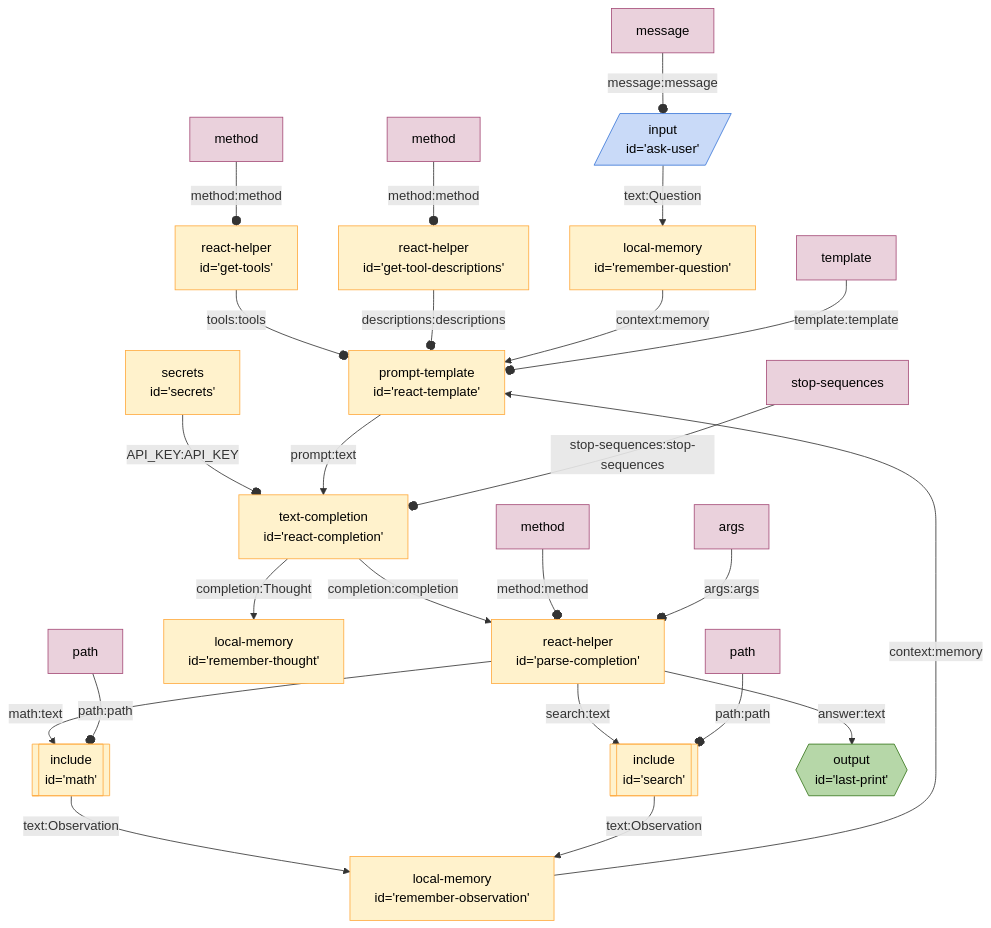
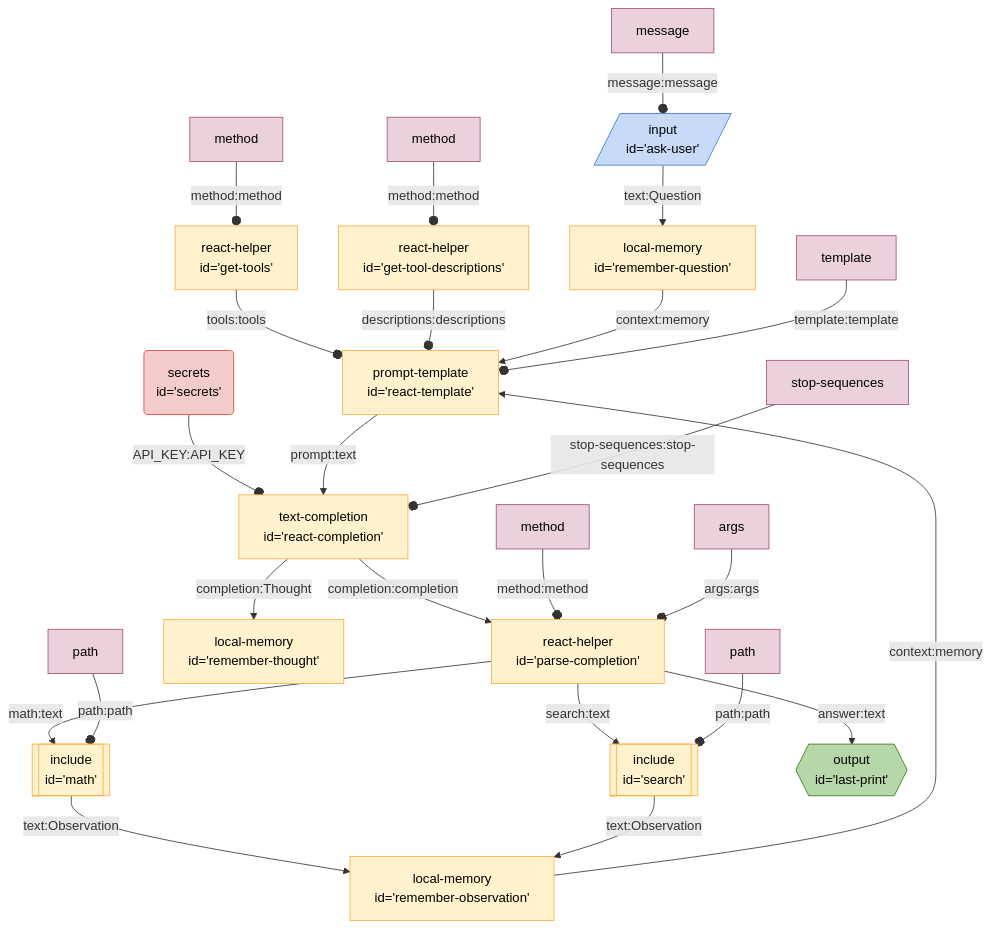
One commit to breadboard-ai/breadboard changed the diagram in seeds/graph-playground/docs/graphs/react-with-include.md. Above: the diagram before and after it, drawn with Mermaid. The commit also changed 14 other files, not shown here.

Commit message:
[graphs] Make `secrets` more prominent on diagrams.

````diff
--- a/seeds/graph-playground/docs/graphs/react-with-include.md
+++ b/seeds/graph-playground/docs/graphs/react-with-include.md
@@ -4,62 +4,63 @@
 ```mermaid
 %%{init: 'themeVariables': { 'fontFamily': 'Fira Code, monospace' }}%%
 graph TD;
 gettools["react-helper
 id='get-tools'"] -- tools:tools --o reacttemplate["prompt-template
 id='react-template'"]
 gettooldescriptions["react-helper
 id='get-tool-descriptions'"] -- descriptions:descriptions --o reacttemplate["prompt-template
 id='react-template'"]
 askuser[/"input
 id='ask-user'"/]:::input -- text:Question --> rememberquestion["local-memory
 id='remember-question'"]
 rememberquestion["local-memory
 id='remember-question'"] -- context:memory --> reacttemplate["prompt-template
 id='react-template'"]
-secrets["secrets
-id='secrets'"] -- API_KEY:API_KEY --o reactcompletion["text-completion
+secrets("secrets
+id='secrets'"):::secrets -- API_KEY:API_KEY --o reactcompletion["text-completion
 id='react-completion'"]
 reacttemplate["prompt-template
 id='react-template'"] -- prompt:text --> reactcompletion["text-completion
 id='react-completion'"]
 reactcompletion["text-completion
 id='react-completion'"] -- completion:completion --> parsecompletion["react-helper
 id='parse-completion'"]
 reactcompletion["text-completion
 id='react-completion'"] -- completion:Thought --> rememberthought["local-memory
 id='remember-thought'"]
 parsecompletion["react-helper
 id='parse-completion'"] -- search:text --> search[["include
 id='search'"]]:::include
 parsecompletion["react-helper
 id='parse-completion'"] -- math:text --> math[["include
 id='math'"]]:::include
 math[["include
 id='math'"]]:::include -- text:Observation --> rememberobservation["local-memory
 id='remember-observation'"]
 search[["include
 id='search'"]]:::include -- text:Observation --> rememberobservation["local-memory
 id='remember-observation'"]
 rememberobservation["local-memory
 id='remember-observation'"] -- context:memory --> reacttemplate["prompt-template
 id='react-template'"]
 parsecompletion["react-helper
 id='parse-completion'"] -- answer:text --> lastprint{{"output
 id='last-print'"}}:::output
 templatereacttemplate[template]:::config -- template:template --o reacttemplate
 messageaskuser[message]:::config -- message:message --o askuser
 stopsequencesreactcompletion[stop-sequences]:::config -- stop-sequences:stop-sequences --o reactcompletion
 methodgettools[method]:::config -- method:method --o gettools
 methodgettooldescriptions[method]:::config -- method:method --o gettooldescriptions
 methodparsecompletion[method]:::config -- method:method --o parsecompletion
 argsparsecompletion[args]:::config -- args:args --o parsecompletion
 pathsearch[path]:::config -- path:path --o search
 pathmath[path]:::config -- path:path --o math
 classDef default stroke:#ffab40,fill:#fff2ccff,color:#000
 classDef input stroke:#3c78d8,fill:#c9daf8ff,color:#000
 classDef output stroke:#38761d,fill:#b6d7a8ff,color:#000
 classDef passthrough stroke:#a64d79,fill:#ead1dcff,color:#000
 classDef slot stroke:#a64d79,fill:#ead1dcff,color:#000
 classDef config stroke:#a64d79,fill:#ead1dcff,color:#000
+classDef secrets stroke:#db4437,fill:#f4cccc,color:#000
 classDef slotted stroke:#a64d79
 ```
````
